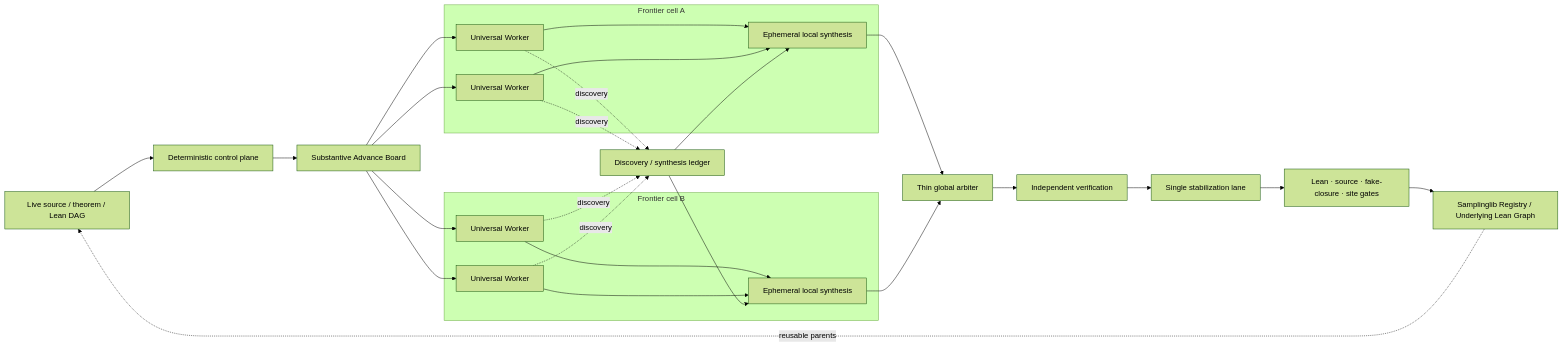
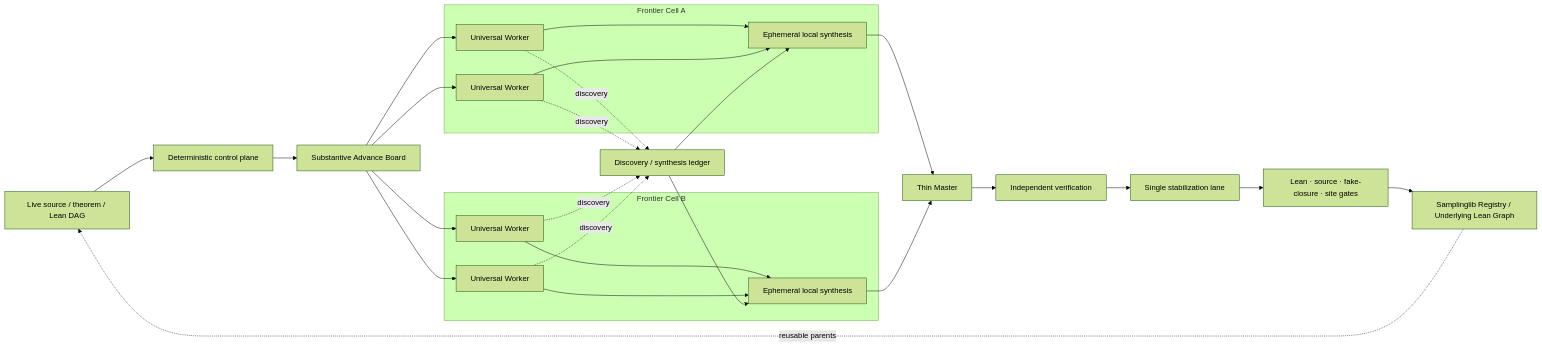
The diagram in docs/multi_agent_orchestration.md (DakeBU/Auto-Sampling-Theory-In-Sleep), drawn with Mermaid (forest theme) before and after one commit. The commit also changed other lines of this file and 12 other files, not shown here.

First line of the commit message:
Present the ASTIS Harness as a stable architecture and mathematical lens (#171)

````diff
--- a/docs/multi_agent_orchestration.md
+++ b/docs/multi_agent_orchestration.md
@@ -71,39 +89,39 @@
 ```mermaid
 flowchart LR
   DAG["Live source / theorem / Lean DAG"] --> CP["Deterministic control plane"]
   CP --> B["Substantive Advance Board"]
 
-  subgraph C1["Frontier cell A"]
+  subgraph C1["Frontier Cell A"]
     W1["Universal Worker"]
     W2["Universal Worker"]
     LS1["Ephemeral local synthesis"]
     W1 --> LS1
     W2 --> LS1
   end
 
-  subgraph C2["Frontier cell B"]
+  subgraph C2["Frontier Cell B"]
     W3["Universal Worker"]
     W4["Universal Worker"]
     LS2["Ephemeral local synthesis"]
     W3 --> LS2
     W4 --> LS2
   end
 
   B --> W1
   B --> W2
   B --> W3
   B --> W4
-  LS1 --> A["Thin global arbiter"]
-  LS2 --> A
+  LS1 --> M["Thin Master"]
+  LS2 --> M
   W1 -. discovery .-> D["Discovery / synthesis ledger"]
   W2 -. discovery .-> D
   W3 -. discovery .-> D
   W4 -. discovery .-> D
   D --> LS1
   D --> LS2
-  A --> V["Independent verification"]
+  M --> V["Independent verification"]
   V --> S["Single stabilization lane"]
   S --> G["Lean · source · fake-closure · site gates"]
   G --> R["Samplinglib Registry / Underlying Lean Graph"]
   R -. reusable parents .-> DAG
 ```
````
